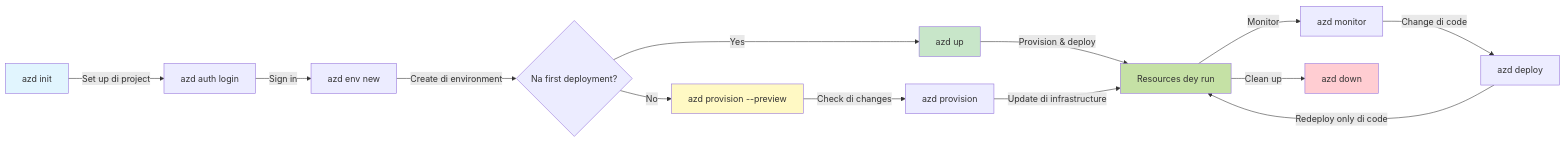
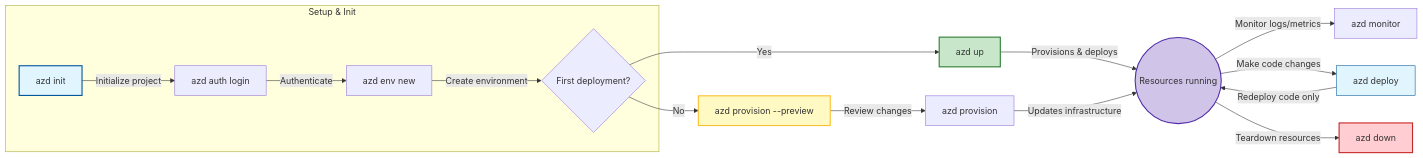
One commit to microsoft/AZD-for-beginners changed the first of 2 diagrams in translations/pcm/docs/chapter-01-foundation/azd-basics.md. Above: the diagram before and after it, drawn with Mermaid. The commit also changed other lines of this file and 135 other files, not shown here.

````diff
--- a/translations/pcm/docs/chapter-01-foundation/azd-basics.md
+++ b/translations/pcm/docs/chapter-01-foundation/azd-basics.md
@@ -269,21 +264,36 @@
 ```mermaid
 graph LR
-    A[azd init] -->|Set up di project| B[azd auth login]
-    B -->|Sign in| C[azd env new]
-    C -->|Create di environment| D{Na first deployment?}
+    %% Initialization Phase
+    subgraph Setup & Init
+        A[azd init] -->|Initialize project| B[azd auth login]
+        B -->|Authenticate| C[azd env new]
+        C -->|Create environment| D{First deployment?}
+    end
+
+    %% Deployment Phase
     D -->|Yes| E[azd up]
     D -->|No| F[azd provision --preview]
-    F -->|Check di changes| G[azd provision]
-    E -->|Provision & deploy| H[Resources dey run]
-    G -->|Update di infrastructure| H
-    H -->|Monitor| I[azd monitor]
-    I -->|Change di code| J[azd deploy]
-    J -->|Redeploy only di code| H
-    H -->|Clean up| K[azd down]
     
-    style A fill:#e1f5fe
-    style E fill:#c8e6c9
-    style F fill:#fff9c4
-    style H fill:#c5e1a5
-    style K fill:#ffcdd2
+    F -->|Review changes| G[azd provision]
+    
+    %% Operational Phase
+    E -->|Provisions & deploys| H((Resources running))
+    G -->|Updates infrastructure| H
+    
+    H -->|Monitor logs/metrics| I[azd monitor]
+    
+    %% Daily Dev Loop
+    J[azd deploy] -->|Redeploy code only| H
+    H -->|Make code changes| J
+    
+    %% Cleanup
+    H -->|Teardown resources| K[azd down]
+
+    %% Styling
+    style A fill:#e1f5fe,stroke:#01579b,stroke-width:2px
+    style E fill:#c8e6c9,stroke:#2e7d32,stroke-width:2px
+    style F fill:#fff9c4,stroke:#fbc02d,stroke-width:2px
+    style H fill:#d1c4e9,stroke:#512da8,stroke-width:2px
+    style J fill:#e1f5fe,stroke:#01579b,stroke-width:1px
+    style K fill:#ffcdd2,stroke:#c62828,stroke-width:2px
 ```
````
